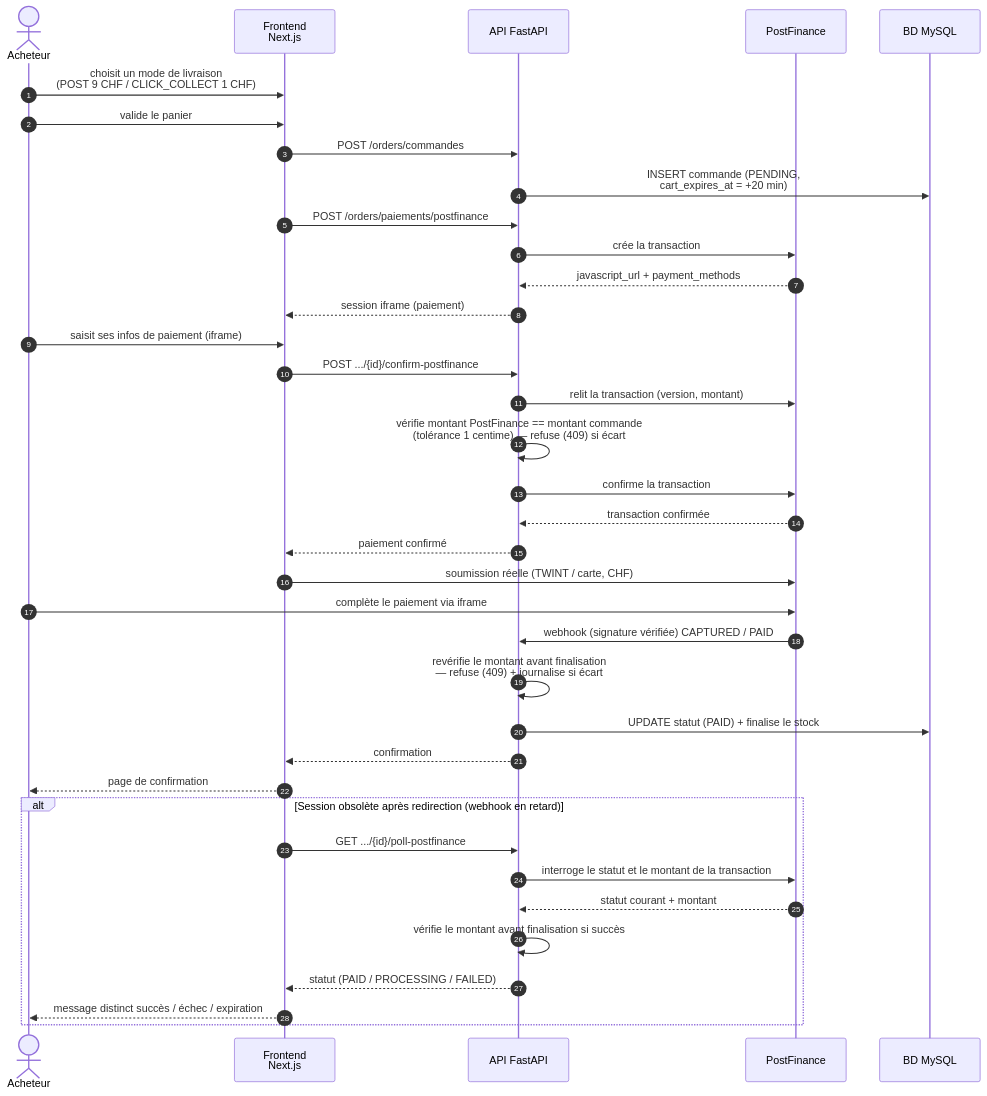
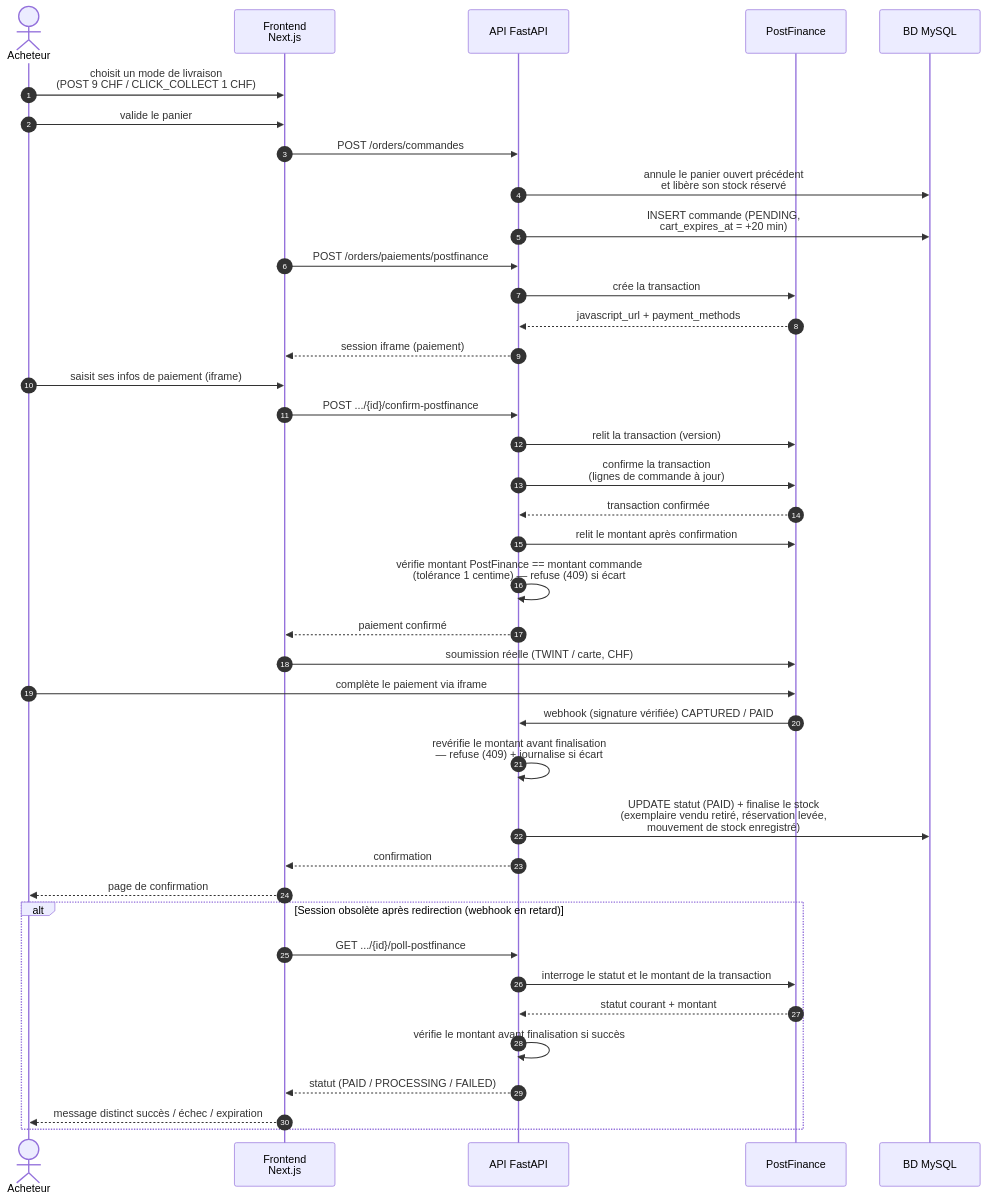
The diagram in diagrams/sequence_paiement.mmd (Visualstudiocodetest/caribooks), drawn with Mermaid before and after one commit. The commit also changed 37 other files, not shown here.

```diff
--- a/diagrams/sequence_paiement.mmd
+++ b/diagrams/sequence_paiement.mmd
@@ -1,42 +1,44 @@
 %% Diagramme de séquence — Tunnel de paiement PostFinance
 sequenceDiagram
     autonumber
     actor Ach as Acheteur
     participant Fro as Frontend<br/>Next.js
     participant API as API FastAPI
     participant PF as PostFinance
     participant BD as BD MySQL
 
     Ach->>Fro: choisit un mode de livraison<br/>(POST 9 CHF / CLICK_COLLECT 1 CHF)
     Ach->>Fro: valide le panier
     Fro->>API: POST /orders/commandes
+    API->>BD: annule le panier ouvert précédent<br/>et libère son stock réservé
     API->>BD: INSERT commande (PENDING,<br/>cart_expires_at = +20 min)
     Fro->>API: POST /orders/paiements/postfinance
     API->>PF: crée la transaction
     PF-->>API: javascript_url + payment_methods
     API-->>Fro: session iframe (paiement)
     Ach->>Fro: saisit ses infos de paiement (iframe)
 
     Fro->>API: POST .../{id}/confirm-postfinance
-    API->>PF: relit la transaction (version, montant)
+    API->>PF: relit la transaction (version)
+    API->>PF: confirme la transaction<br/>(lignes de commande à jour)
+    PF-->>API: transaction confirmée
+    API->>PF: relit le montant après confirmation
     API->>API: vérifie montant PostFinance == montant commande<br/>(tolérance 1 centime) — refuse (409) si écart
-    API->>PF: confirme la transaction
-    PF-->>API: transaction confirmée
     API-->>Fro: paiement confirmé
 
     Fro->>PF: soumission réelle (TWINT / carte, CHF)
     Ach->>PF: complète le paiement via iframe
     PF->>API: webhook (signature vérifiée) CAPTURED / PAID
     API->>API: revérifie le montant avant finalisation<br/>— refuse (409) + journalise si écart
-    API->>BD: UPDATE statut (PAID) + finalise le stock
+    API->>BD: UPDATE statut (PAID) + finalise le stock<br/>(exemplaire vendu retiré, réservation levée,<br/>mouvement de stock enregistré)
     API-->>Fro: confirmation
     Fro-->>Ach: page de confirmation
 
     alt Session obsolète après redirection (webhook en retard)
         Fro->>API: GET .../{id}/poll-postfinance
         API->>PF: interroge le statut et le montant de la transaction
         PF-->>API: statut courant + montant
         API->>API: vérifie le montant avant finalisation si succès
         API-->>Fro: statut (PAID / PROCESSING / FAILED)
         Fro-->>Ach: message distinct succès / échec / expiration
     end
```
